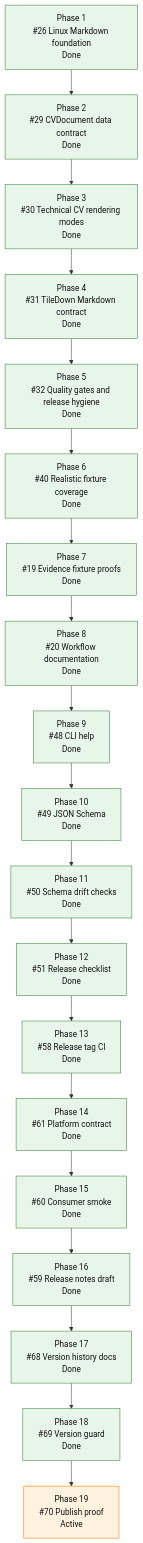
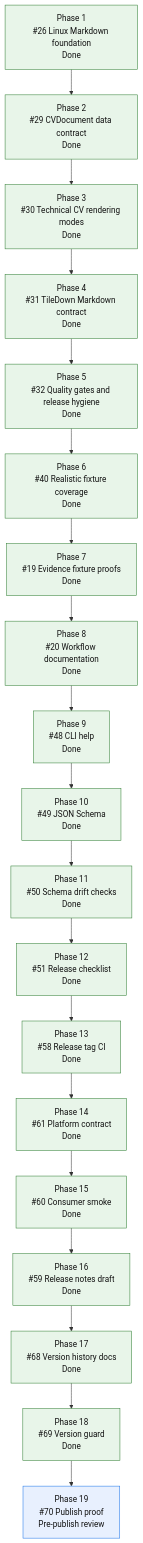
One commit to mihaelamj/cvbuilder changed the diagram in README.md. Above: the diagram before and after it, drawn with Mermaid. The commit also changed 1 other file, not shown here.

Commit message:
docs(roadmap): mark publication proof in review

````diff
--- a/README.md
+++ b/README.md
@@ -169,36 +169,36 @@
 ```mermaid
 flowchart TD
     P1["Phase 1<br/>#26 Linux Markdown foundation<br/>Done"]
     P2["Phase 2<br/>#29 CVDocument data contract<br/>Done"]
     P3["Phase 3<br/>#30 Technical CV rendering modes<br/>Done"]
     P4["Phase 4<br/>#31 TileDown Markdown contract<br/>Done"]
     P5["Phase 5<br/>#32 Quality gates and release hygiene<br/>Done"]
     P6["Phase 6<br/>#40 Realistic fixture coverage<br/>Done"]
     P7["Phase 7<br/>#19 Evidence fixture proofs<br/>Done"]
     P8["Phase 8<br/>#20 Workflow documentation<br/>Done"]
     P9["Phase 9<br/>#48 CLI help<br/>Done"]
     P10["Phase 10<br/>#49 JSON Schema<br/>Done"]
     P11["Phase 11<br/>#50 Schema drift checks<br/>Done"]
     P12["Phase 12<br/>#51 Release checklist<br/>Done"]
     P13["Phase 13<br/>#58 Release tag CI<br/>Done"]
     P14["Phase 14<br/>#61 Platform contract<br/>Done"]
     P15["Phase 15<br/>#60 Consumer smoke<br/>Done"]
     P16["Phase 16<br/>#59 Release notes draft<br/>Done"]
     P17["Phase 17<br/>#68 Version history docs<br/>Done"]
     P18["Phase 18<br/>#69 Version guard<br/>Done"]
-    P19["Phase 19<br/>#70 Publish proof<br/>Active"]
+    P19["Phase 19<br/>#70 Publish proof<br/>Pre-publish review"]
 
     P1 --> P2 --> P3 --> P4 --> P5 --> P6 --> P7 --> P8 --> P9 --> P10 --> P11 --> P12 --> P13 --> P14 --> P15 --> P16 --> P17 --> P18 --> P19
 
     classDef done fill:#e8f5e9,stroke:#2e7d32,color:#111;
     classDef active fill:#fff3e0,stroke:#ef6c00,color:#111;
     classDef review fill:#e8f0fe,stroke:#1a73e8,color:#111;
     classDef next fill:#fff8e1,stroke:#f9a825,color:#111;
     classDef partial fill:#e0f7fa,stroke:#00838f,color:#111;
     classDef todo fill:#eef3ff,stroke:#3367d6,color:#111;
     class P1,P2,P3,P4 done;
     class P5,P6,P7,P8,P9,P10,P11,P12,P13,P14,P15,P16 done;
     class P17 done;
     class P18 done;
-    class P19 active;
+    class P19 review;
 ```
````
